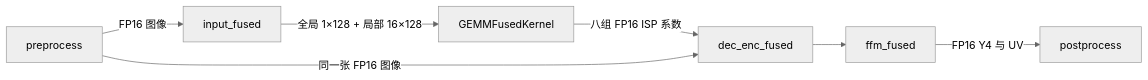
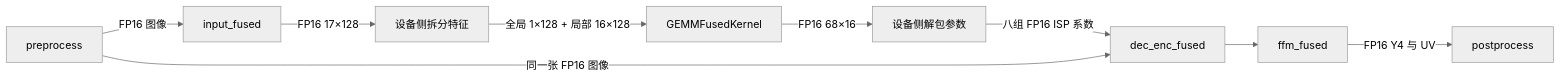
Before and after one commit to Pan-Boyi/pypto_1952: the diagram in docs/ISP_CHAIN_1952.md, drawn with Mermaid (neutral theme). The commit also changed other lines of this file and 4 other files, not shown here.

````diff
--- a/docs/ISP_CHAIN_1952.md
+++ b/docs/ISP_CHAIN_1952.md
@@ -5,9 +5,11 @@
 ```mermaid
 flowchart LR
     A[preprocess] -->|FP16 图像| B[input_fused]
-    B -->|"全局 1×128 + 局部 16×128"| C[GEMMFusedKernel]
-    C -->|"八组 FP16 ISP 系数"| D[dec_enc_fused]
+    B -->|"FP16 17×128"| F1[设备侧拆分特征]
+    F1 -->|"全局 1×128 + 局部 16×128"| C[GEMMFusedKernel]
+    C -->|"FP16 68×16"| F2[设备侧解包参数]
+    F2 -->|"八组 FP16 ISP 系数"| D[dec_enc_fused]
     A -->|"同一张 FP16 图像"| D
     D --> E[ffm_fused]
     E -->|FP16 Y4 与 UV| F[postprocess]
 ```
````
